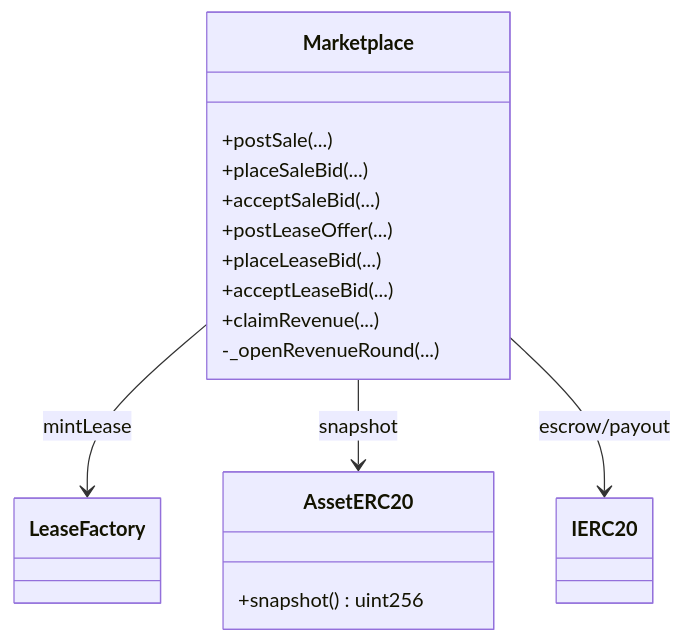
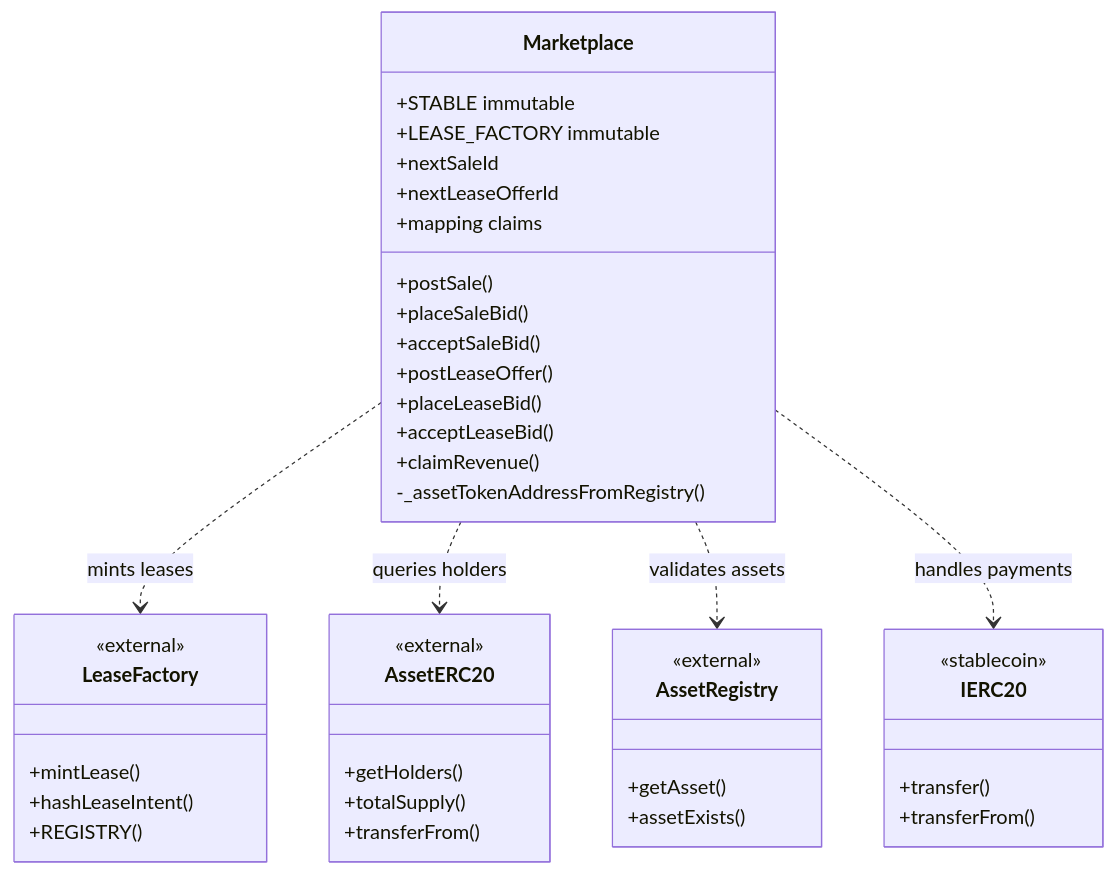
The third of 3 diagrams in docs/contract-specific/Marketplace.md (faas-tech/space-markets), drawn with Mermaid before and after one commit. The commit also changed other lines of this file and 14 other files, not shown here.

````diff
--- a/docs/contract-specific/Marketplace.md
+++ b/docs/contract-specific/Marketplace.md
@@ -90,21 +316,49 @@
 ```mermaid
 classDiagram
-  class Marketplace {
-    +postSale(...)
-    +placeSaleBid(...)
-    +acceptSaleBid(...)
-    +postLeaseOffer(...)
-    +placeLeaseBid(...)
-    +acceptLeaseBid(...)
-    +claimRevenue(...)
-    -_openRevenueRound(...)
-  }
-  class LeaseFactory
-  class AssetERC20 {
-    +snapshot() uint256
-  }
-  class IERC20
-  Marketplace --> LeaseFactory : mintLease
-  Marketplace --> AssetERC20 : snapshot
-  Marketplace --> IERC20 : escrow/payout
+    class Marketplace {
+        +STABLE immutable
+        +LEASE_FACTORY immutable
+        +nextSaleId
+        +nextLeaseOfferId
+        +mapping claims
+        +postSale()
+        +placeSaleBid()
+        +acceptSaleBid()
+        +postLeaseOffer()
+        +placeLeaseBid()
+        +acceptLeaseBid()
+        +claimRevenue()
+        -_assetTokenAddressFromRegistry()
+    }
+
+    class LeaseFactory {
+        <<external>>
+        +mintLease()
+        +hashLeaseIntent()
+        +REGISTRY()
+    }
+
+    class AssetERC20 {
+        <<external>>
+        +getHolders()
+        +totalSupply()
+        +transferFrom()
+    }
+
+    class AssetRegistry {
+        <<external>>
+        +getAsset()
+        +assetExists()
+    }
+
+    class IERC20 {
+        <<stablecoin>>
+        +transfer()
+        +transferFrom()
+    }
+
+    Marketplace ..> LeaseFactory : mints leases
+    Marketplace ..> AssetERC20 : queries holders
+    Marketplace ..> AssetRegistry : validates assets
+    Marketplace ..> IERC20 : handles payments
 ```
````
